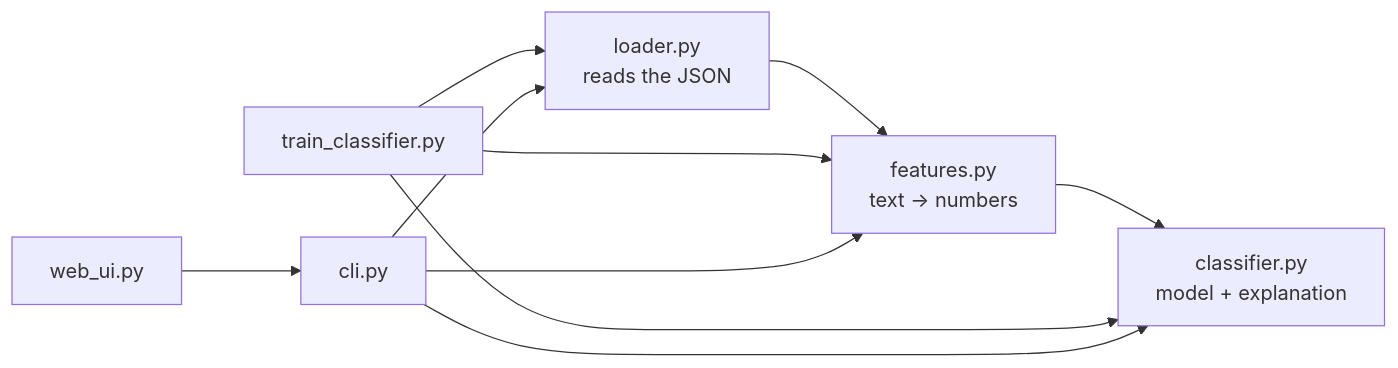
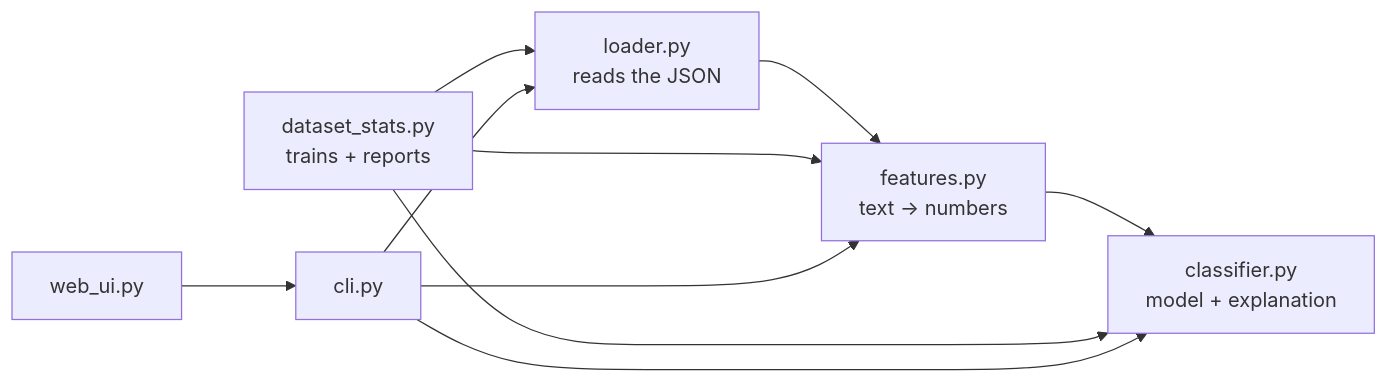
One commit to federicacurrodossi/bandit-triage changed the second of 2 diagrams in docs/architecture.md. Above: the diagram before and after it, drawn with Mermaid. The commit also changed other lines of this file and 3 other files, not shown here.

````diff
--- a/docs/architecture.md
+++ b/docs/architecture.md
@@ -33,19 +33,19 @@
 ```mermaid
 flowchart LR
     loader["loader.py<br/>reads the JSON"]
     features["features.py<br/>text → numbers"]
     classifier["classifier.py<br/>model + explanation"]
-    train["train_classifier.py"]
+    stats["dataset_stats.py<br/>trains + reports"]
     cli["cli.py"]
     web["web_ui.py"]
 
     loader --> features
     features --> classifier
-    train --> loader
-    train --> features
-    train --> classifier
+    stats --> loader
+    stats --> features
+    stats --> classifier
     cli --> loader
     cli --> features
     cli --> classifier
     web --> cli
 ```
````
